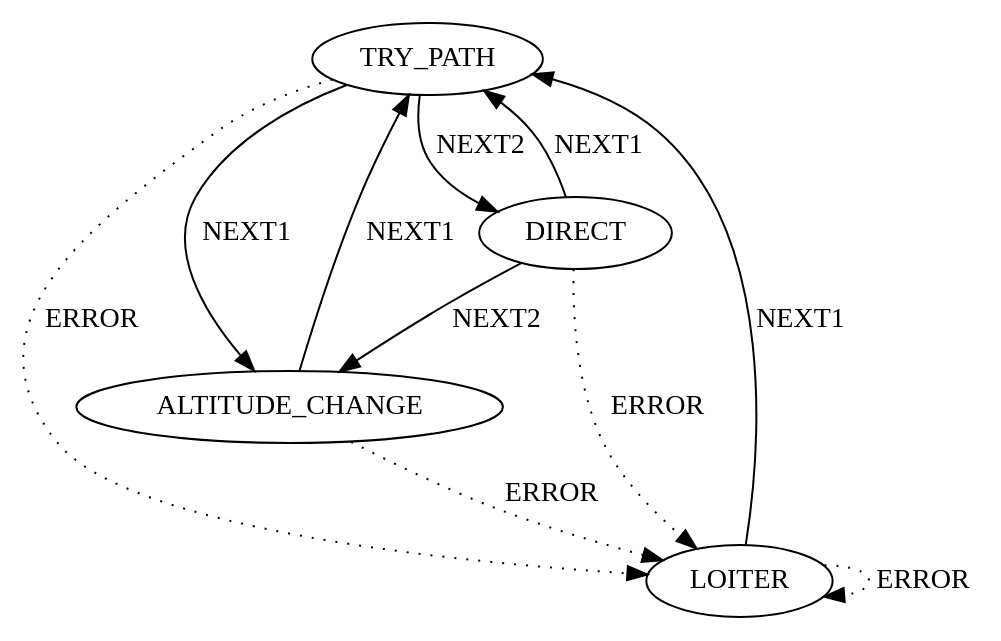
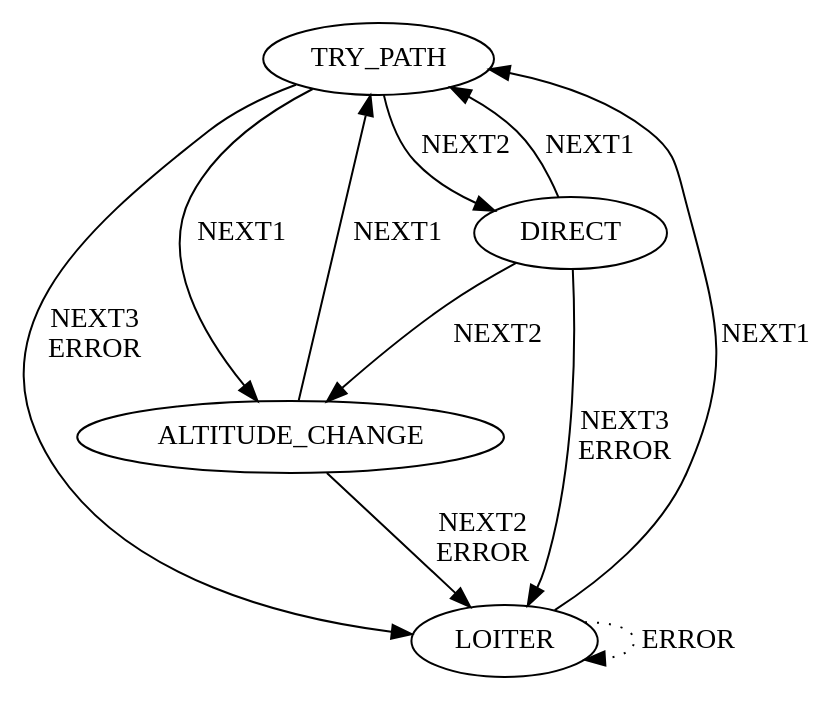
One commit to PX4/PX4-Avoidance changed the diagram in local_planner/src/nodes/waypoint_generator.cpp.dot. Above: the diagram before and after it, drawn with Graphviz. The commit also changed 4 other files, not shown here.

```diff
--- a/local_planner/src/nodes/waypoint_generator.cpp.dot
+++ b/local_planner/src/nodes/waypoint_generator.cpp.dot
@@ -1,12 +1,12 @@
 digraph {
     "TRY_PATH" -> "ALTITUDE_CHANGE" [label="NEXT1", style="solid", weight=1]
     "TRY_PATH" -> "DIRECT" [label="NEXT2", style="solid", weight=1]
-    "TRY_PATH" -> "LOITER" [label="ERROR", style="dotted", weight=0.1]
+    "TRY_PATH" -> "LOITER" [label="NEXT3\nERROR", style="solid", weight=1]
     "LOITER" -> "TRY_PATH" [label="NEXT1", style="solid", weight=1]
     "LOITER" -> "LOITER" [label="ERROR", style="dotted", weight=0.1]
     "DIRECT" -> "TRY_PATH" [label="NEXT1", style="solid", weight=1]
     "DIRECT" -> "ALTITUDE_CHANGE" [label="NEXT2", style="solid", weight=1]
-    "DIRECT" -> "LOITER" [label="ERROR", style="dotted", weight=0.1]
+    "DIRECT" -> "LOITER" [label="NEXT3\nERROR", style="solid", weight=1]
     "ALTITUDE_CHANGE" -> "TRY_PATH" [label="NEXT1", style="solid", weight=1]
-    "ALTITUDE_CHANGE" -> "LOITER" [label="ERROR", style="dotted", weight=0.1]
+    "ALTITUDE_CHANGE" -> "LOITER" [label="NEXT2\nERROR", style="solid", weight=1]
 }
```
